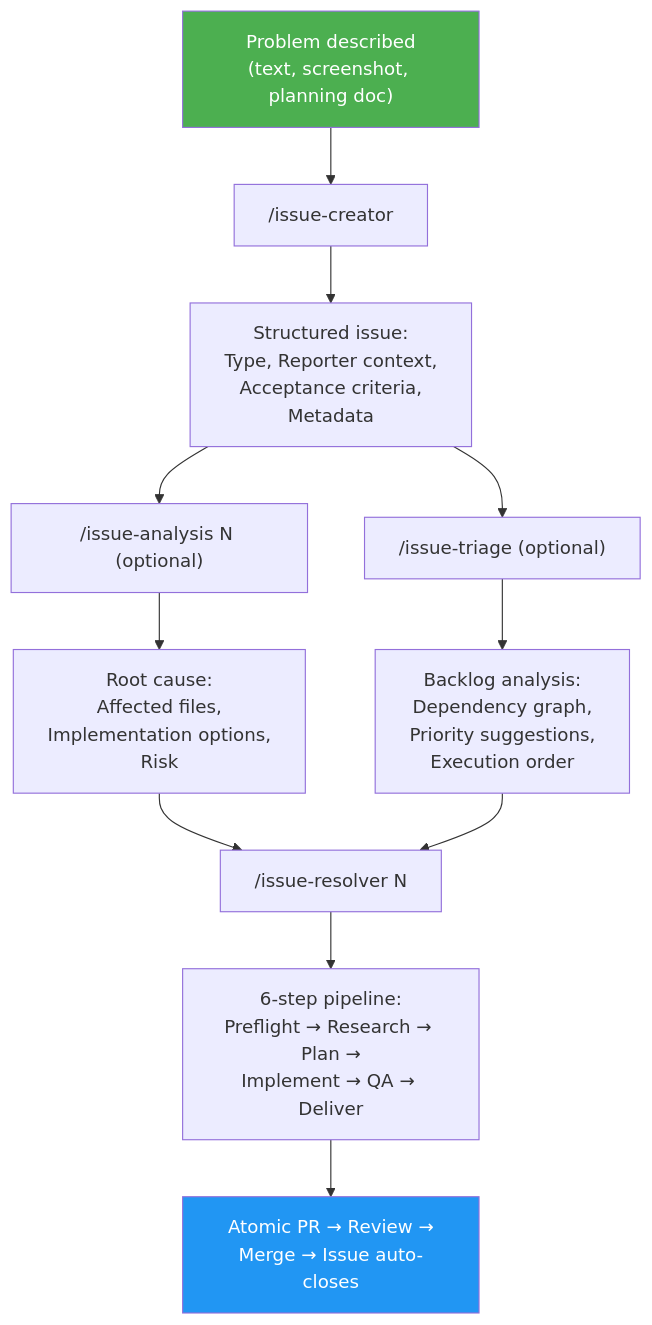
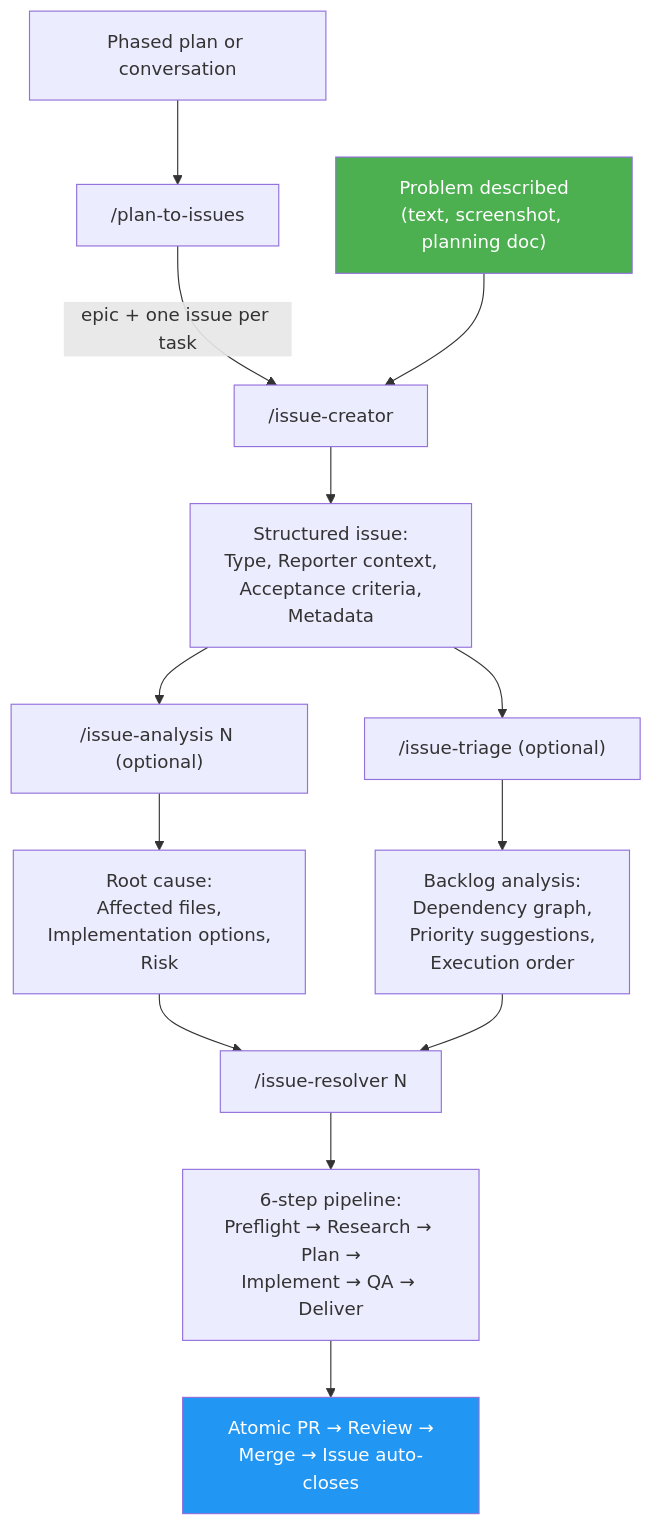
The first of 2 diagrams in docs/idd-methodology.md (luongnv89/idd), drawn with Mermaid before and after one commit. The commit also changed other lines of this file and 71 other files, not shown here.

First line of the commit message:
feat(skills): move plan-to-issues into idd as a public skill (#502) (#504)

````diff
--- a/docs/idd-methodology.md
+++ b/docs/idd-methodology.md
@@ -74,16 +74,18 @@
 ```mermaid
 graph TD
+    P["Phased plan or conversation"] --> Q["/plan-to-issues"]
+    Q --> |"epic + one issue per task"| B
     A["Problem described<br/>(text, screenshot, planning doc)"] --> B["/issue-creator"]
     B --> C["Structured issue:<br/>Type, Reporter context,<br/>Acceptance criteria,<br/>Metadata"]
     C --> D["/issue-analysis N (optional)"]
     C --> E["/issue-triage (optional)"]
     D --> F["Root cause:<br/>Affected files,<br/>Implementation options,<br/>Risk"]
     E --> G["Backlog analysis:<br/>Dependency graph,<br/>Priority suggestions,<br/>Execution order"]
     F --> H["/issue-resolver N"]
     G --> H
     H --> I["6-step pipeline:<br/>Preflight → Research → Plan →<br/>Implement → QA → Deliver"]
     I --> J["Atomic PR → Review →<br/>Merge → Issue auto-closes"]
 
     style A fill:#4CAF50,color:#fff
     style J fill:#2196F3,color:#fff
 ```
````
